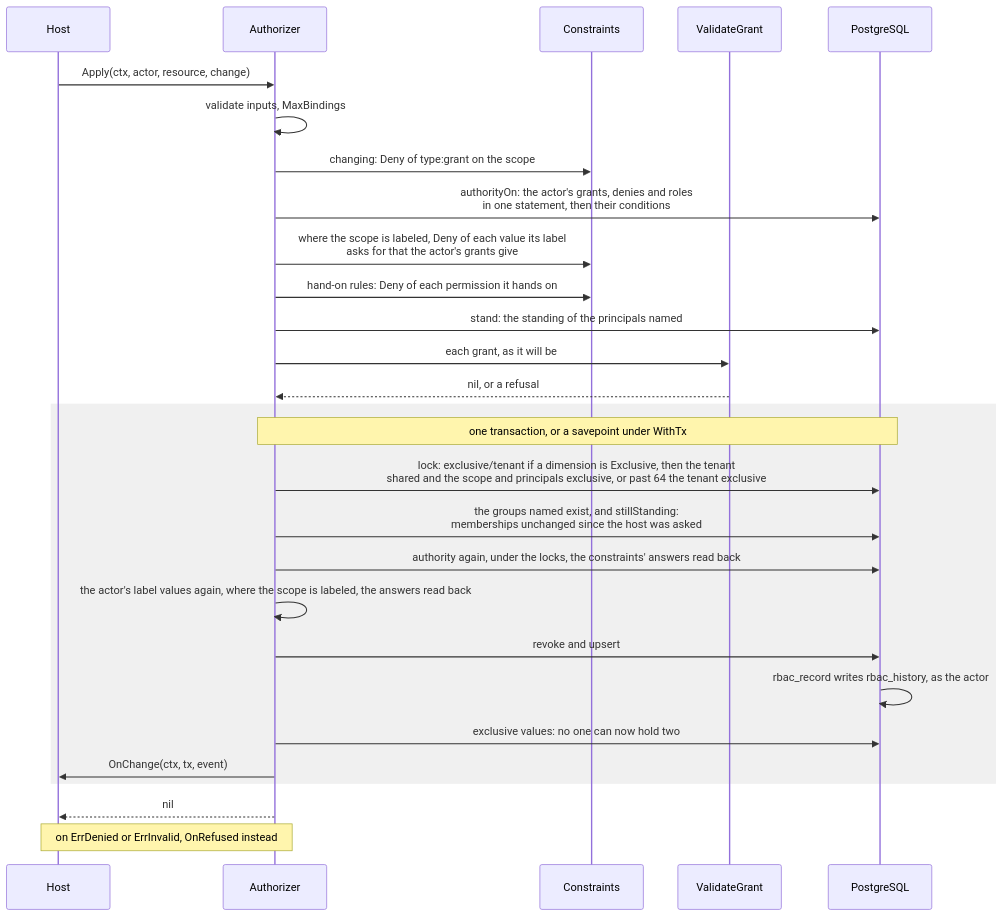
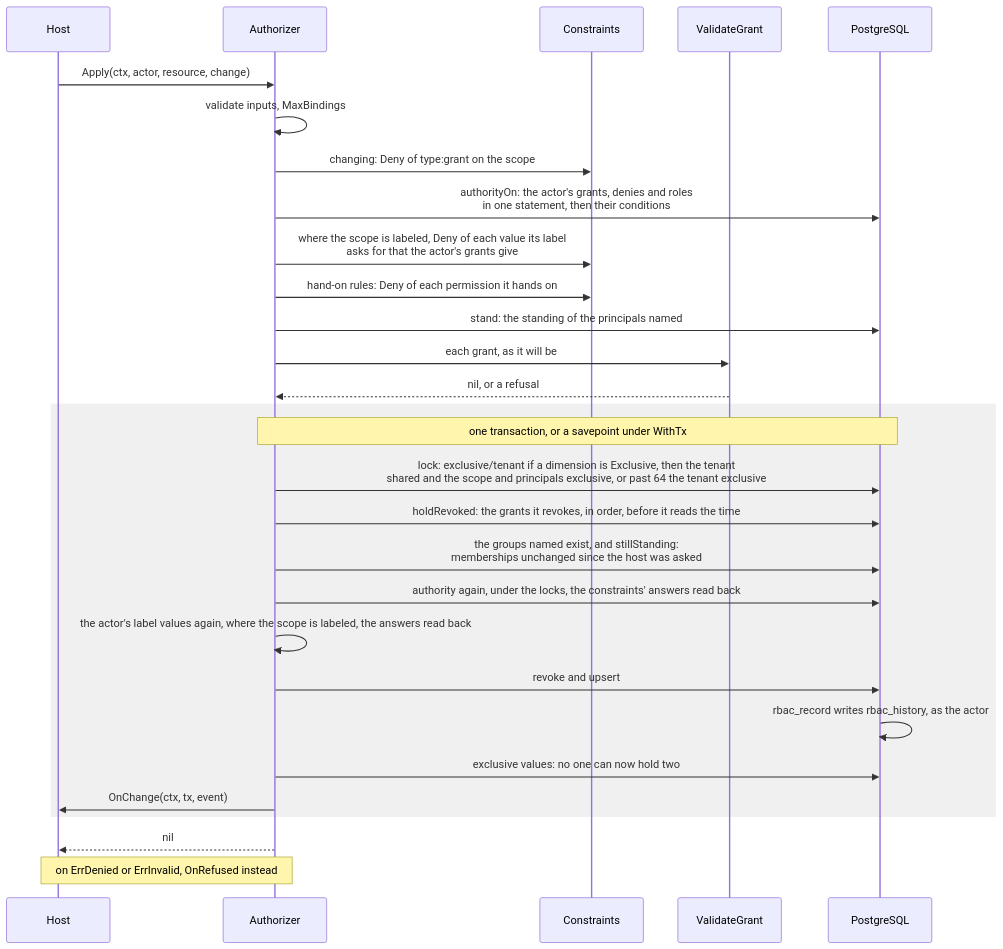
Before and after one commit to parallelworks/rbac: the eighth of 14 diagrams in docs/architecture.md, drawn with Mermaid. The commit also changed other lines of this file and 9 other files, not shown here.

First line of the commit message:
fix: a change that waits for a row lock decides at the time it read before the wait, so it commits what its actor's power no longer allows and stores ends that passed meanwhile

````diff
--- a/docs/architecture.md
+++ b/docs/architecture.md
@@ -432,30 +432,31 @@
 ```mermaid
 sequenceDiagram
     participant H as Host
     participant A as Authorizer
     participant C as Constraints
     participant V as ValidateGrant
     participant DB as PostgreSQL
     H->>A: Apply(ctx, actor, resource, change)
     A->>A: validate inputs, MaxBindings
     A->>C: changing: Deny of type:grant on the scope
     A->>DB: authorityOn: the actor's grants, denies and roles<br/>in one statement, then their conditions
     A->>C: where the scope is labeled, Deny of each value its label<br/>asks for that the actor's grants give
     A->>C: hand-on rules: Deny of each permission it hands on
     A->>DB: stand: the standing of the principals named
     A->>V: each grant, as it will be
     V-->>A: nil, or a refusal
     rect rgb(240, 240, 240)
     note over A,DB: one transaction, or a savepoint under WithTx
     A->>DB: lock: exclusive/tenant if a dimension is Exclusive, then the tenant<br/>shared and the scope and principals exclusive, or past 64 the tenant exclusive
+    A->>DB: holdRevoked: the grants it revokes, in order, before it reads the time
     A->>DB: the groups named exist, and stillStanding:<br/>memberships unchanged since the host was asked
     A->>DB: authority again, under the locks, the constraints' answers read back
     A->>A: the actor's label values again, where the scope is labeled, the answers read back
     A->>DB: revoke and upsert
     DB->>DB: rbac_record writes rbac_history, as the actor
     A->>DB: exclusive values: no one can now hold two
     A->>H: OnChange(ctx, tx, event)
     end
     A-->>H: nil
     note over A,H: on ErrDenied or ErrInvalid, OnRefused instead
 ```
````
